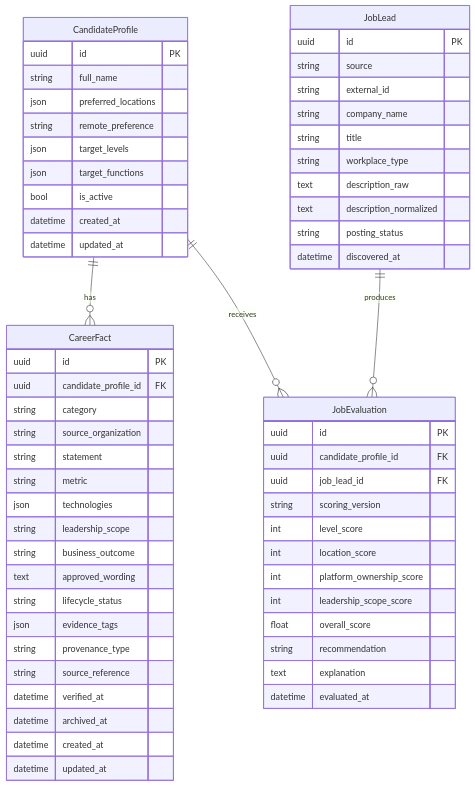
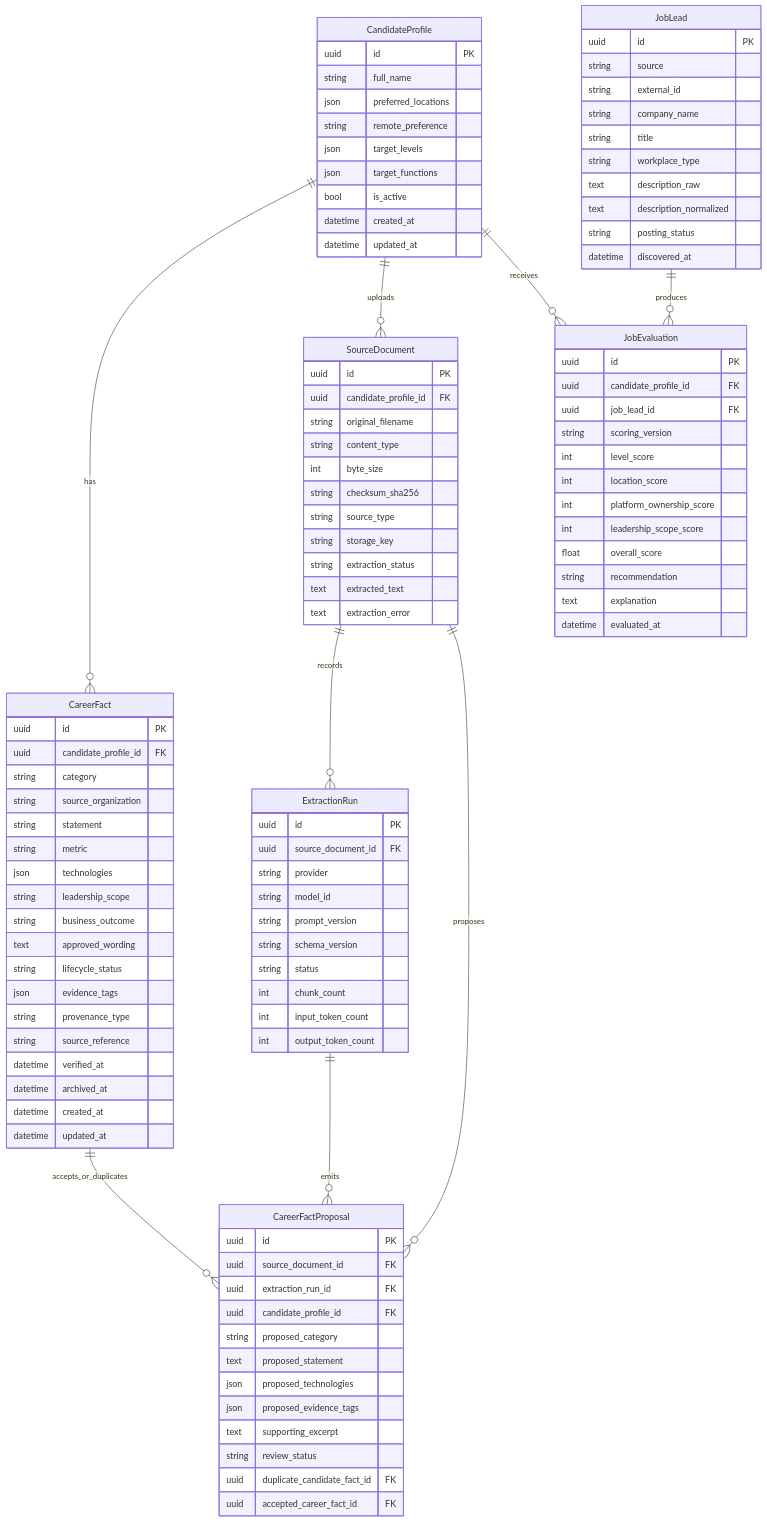
The diagram in docs/architecture.md (radiation/ai-job-assistant), drawn with Mermaid before and after one commit. The commit also changed other lines of this file and 39 other files, not shown here.

Commit message:
Add document parsing for text & facts

````diff
--- a/docs/architecture.md
+++ b/docs/architecture.md
@@ -23,6 +27,11 @@
 ```mermaid
 erDiagram
     CandidateProfile ||--o{ CareerFact : has
+    CandidateProfile ||--o{ SourceDocument : uploads
+    SourceDocument ||--o{ ExtractionRun : records
+    SourceDocument ||--o{ CareerFactProposal : proposes
+    ExtractionRun ||--o{ CareerFactProposal : emits
+    CareerFact ||--o{ CareerFactProposal : accepts_or_duplicates
     CandidateProfile ||--o{ JobEvaluation : receives
     JobLead ||--o{ JobEvaluation : produces
 
@@ -59,6 +68,48 @@
         datetime updated_at
     }
 
+    SourceDocument {
+        uuid id PK
+        uuid candidate_profile_id FK
+        string original_filename
+        string content_type
+        int byte_size
+        string checksum_sha256
+        string source_type
+        string storage_key
+        string extraction_status
+        text extracted_text
+        text extraction_error
+    }
+
+    ExtractionRun {
+        uuid id PK
+        uuid source_document_id FK
+        string provider
+        string model_id
+        string prompt_version
+        string schema_version
+        string status
+        int chunk_count
+        int input_token_count
+        int output_token_count
+    }
+
+    CareerFactProposal {
+        uuid id PK
+        uuid source_document_id FK
+        uuid extraction_run_id FK
+        uuid candidate_profile_id FK
+        string proposed_category
+        text proposed_statement
+        json proposed_technologies
+        json proposed_evidence_tags
+        text supporting_excerpt
+        string review_status
+        uuid duplicate_candidate_fact_id FK
+        uuid accepted_career_fact_id FK
+    }
+
     JobLead {
         uuid id PK
         string source
````
